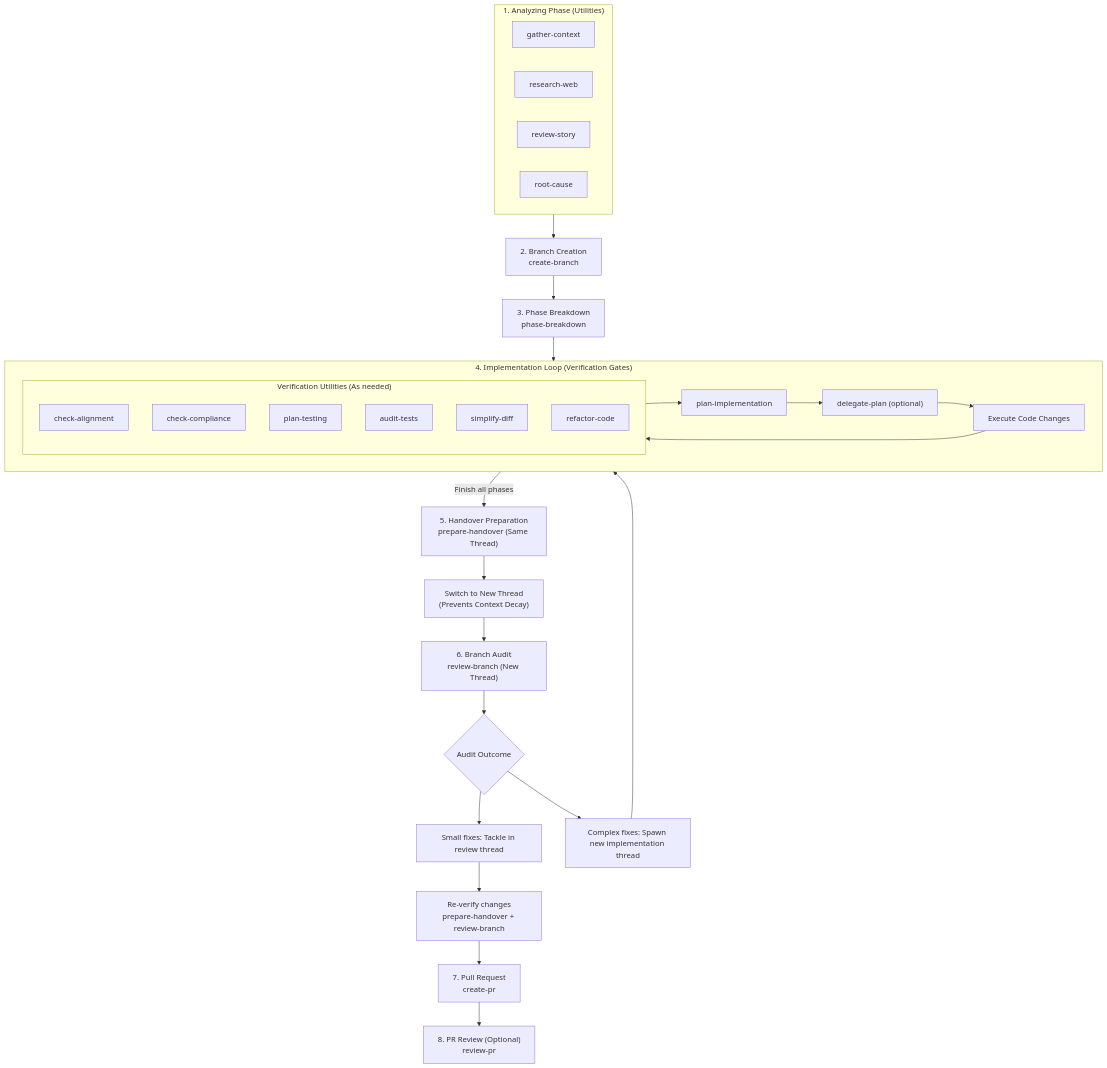
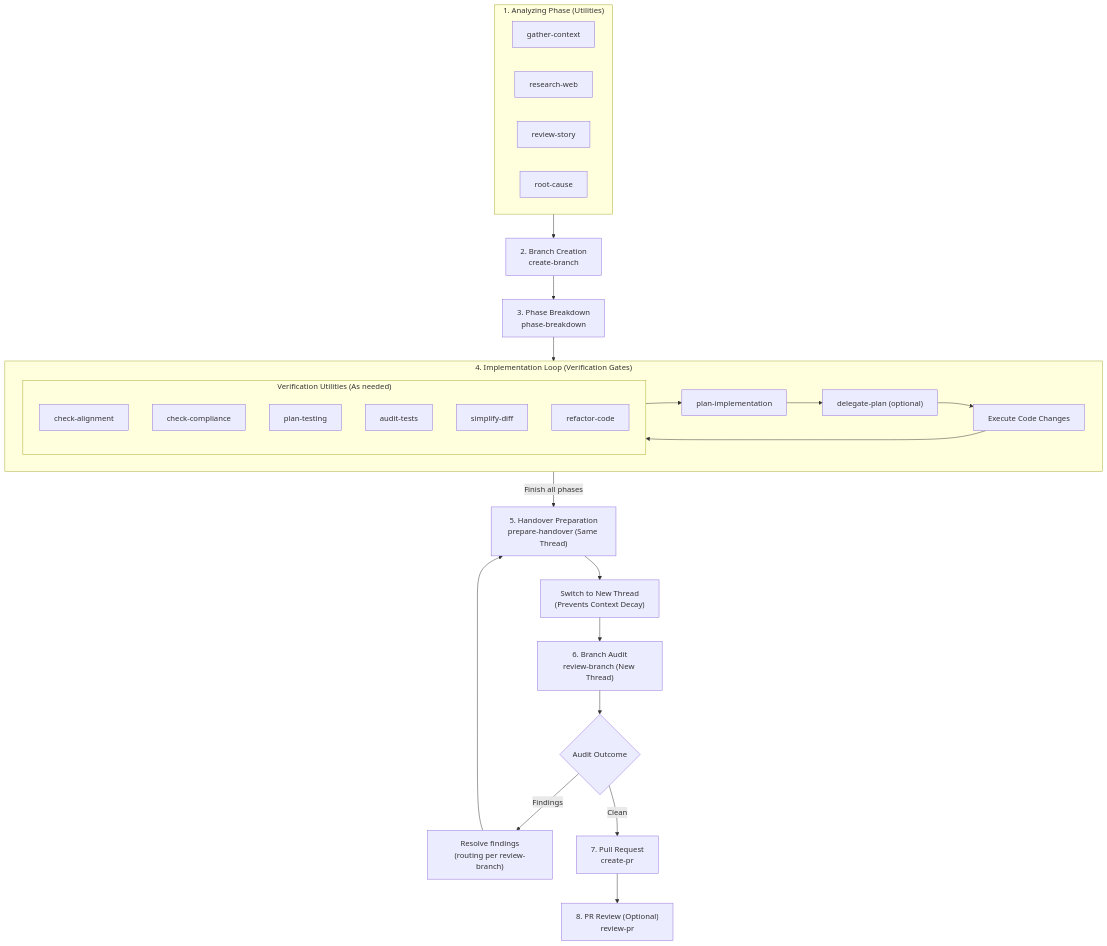
The diagram in LIFECYCLE.md (jrobertogarcia/agent-workflows), drawn with Mermaid before and after one commit. The commit also changed other lines of this file, not shown here.

Commit message:
docs(lifecycle): stop restating the audit routing in the diagram and lead-in

````diff
--- a/LIFECYCLE.md
+++ b/LIFECYCLE.md
@@ -13,65 +13,61 @@
 ```mermaid
 graph TD
     %% Analyzing Phase
     subgraph Analyzing ["1. Analyzing Phase (Utilities)"]
         GC["gather-context"]
         RW["research-web"]
         RS["review-story"]
         RC["root-cause"]
     end
 
     %% Branch & Plan Phase
     CB["2. Branch Creation<br>create-branch"]
     PB["3. Phase Breakdown<br>phase-breakdown"]
     
     subgraph Loop ["4. Implementation Loop (Verification Gates)"]
         PI["plan-implementation"]
         DP["delegate-plan (optional)"]
         Code["Execute Code Changes"]
         
         %% Loop Utilities
         subgraph Utilities ["Verification Utilities (As needed)"]
             CA["check-alignment"]
             CC["check-compliance"]
             PT["plan-testing"]
             AT["audit-tests"]
             SD["simplify-diff"]
             RF["refactor-code"]
         end
         
         PI --> DP
         DP --> Code
         Code --> Utilities
         Utilities --> PI
     end
 
     %% Handover & Review Phase
     PH["5. Handover Preparation<br>prepare-handover (Same Thread)"]
     Switch["Switch to New Thread<br>(Prevents Context Decay)"]
     RB["6. Branch Audit<br>review-branch (New Thread)"]
     
-    %% Branch Review Fixes Decisions
+    %% Branch Review Outcome
     Decide{"Audit Outcome"}
-    FixSame["Small fixes: Tackle in review thread"]
-    FixNew["Complex fixes: Spawn new implementation thread"]
-    Reverify["Re-verify changes<br>prepare-handover + review-branch"]
+    Fix["Resolve findings<br>(routing per review-branch)"]
     
     %% PR Release Phase
     CPR["7. Pull Request<br>create-pr"]
     RPR["8. PR Review (Optional)<br>review-pr"]
 
     %% Flow connections
     Analyzing --> CB
     CB --> PB
     PB --> Loop
     Loop -->|Finish all phases| PH
     PH --> Switch
     Switch --> RB
     RB --> Decide
-    Decide --> FixSame
-    Decide --> FixNew
-    FixSame --> Reverify
-    FixNew --> Loop
-    Reverify --> CPR
+    Decide -->|Findings| Fix
+    Decide -->|Clean| CPR
+    Fix --> PH
     CPR --> RPR
 ```
````
